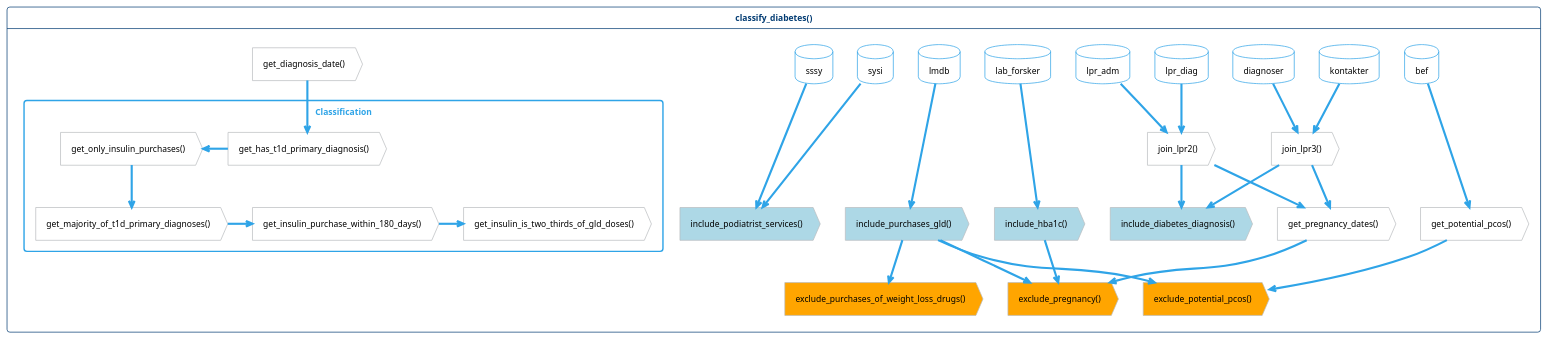
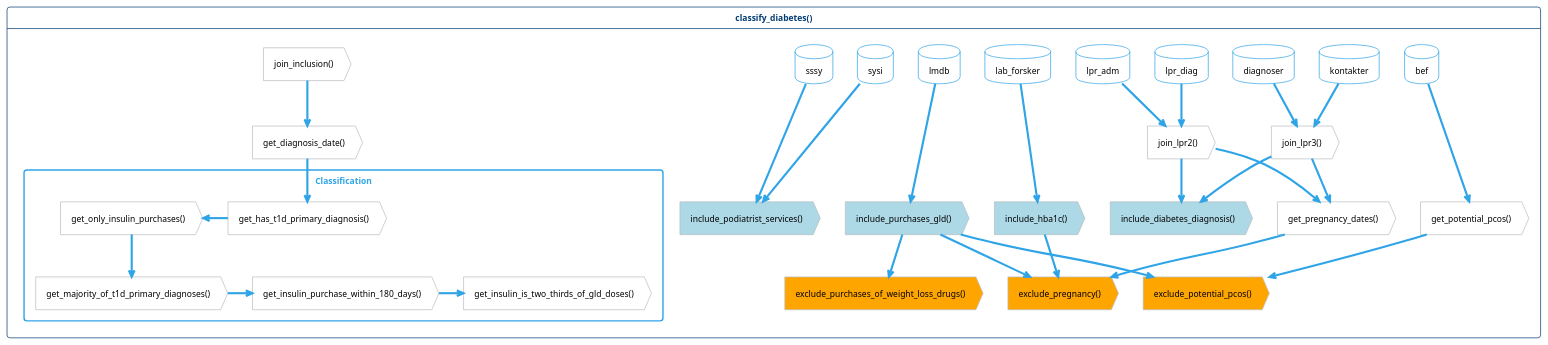
Before and after one commit to steno-aarhus/osdc: the diagram in vignettes/images/function-flow.puml, drawn with PlantUML.

Commit message:
feat: add function that join inclusion events

```diff
--- a/vignettes/images/function-flow.puml
+++ b/vignettes/images/function-flow.puml
@@ -1,97 +1,101 @@
 @startuml function-flow
 !theme cerulean-outline
 <style>
 action {
     FontColor black
 }
 database {
     FontColor black
 }
 .inclusion {
     BackgroundColor lightblue
 }
 .exclusion {
     BackgroundColor orange
 }
 </style>
 
 hide <<inclusion>> stereotype
 hide <<exclusion>> stereotype
 
 card classify_diabetes() as cd {
     together {
         database sssy
         database sysi
         database lpr_diag
         database lpr_adm
         database lmdb
         database lab_forsker
         database kontakter
         database diagnoser
         database bef
     }
 
     action "get_pregnancy_dates()" as pregnancy
     action "get_potential_pcos()" as pcos
     action "get_diagnosis_date()" as diagnosis_date
     action "join_lpr2()" as lpr2
     action "join_lpr3()" as lpr3
 
     together {
         action "exclude_pregnancy()" as ex_pregnancy <<exclusion>>
         action "exclude_purchases_of_weight_loss_drugs()" as ex_wld <<exclusion>>
         action "exclude_potential_pcos()" as ex_pcos <<exclusion>>
     }
 
     together {
         action "include_hba1c()" as in_hba1c <<inclusion>>
         action "include_diabetes_diagnosis()" as in_diagnosis <<inclusion>>
         action "include_podiatrist_services()" as in_podiatrist <<inclusion>>
         action "include_purchases_gld()" as in_gld <<inclusion>>
     }
 
+    action "join_inclusion()" as join_inclusion
+    action "get_diagnosis_date()" as diagnosis_date
+
     lpr_diag --> lpr2
     lpr_adm --> lpr2
     kontakter --> lpr3
     diagnoser --> lpr3
 
     lab_forsker --> in_hba1c
     in_hba1c --> ex_pregnancy
 
     lpr2 --> pregnancy
     lpr3 --> pregnancy
     pregnancy -> ex_pregnancy
 
     lpr2 --> in_diagnosis
     lpr3 --> in_diagnosis
 
     sssy --> in_podiatrist
     sysi --> in_podiatrist
     
     lmdb --> in_gld
     in_gld --> ex_pregnancy
     in_gld --> ex_wld
 
     bef --> pcos
     in_gld --> ex_pcos
     pcos --> ex_pcos
+    join_inclusion --> diagnosis_date
 
 'Diabetes type classification
 
     rectangle Classification {
         action "get_has_t1d_primary_diagnosis()" as t1d_diagnosis
         action "get_only_insulin_purchases()" as only_insulins
         action "get_majority_of_t1d_primary_diagnoses()" as t1d_diagnosis_majority
         action "get_insulin_purchase_within_180_days()" as insulin_within_180_days
         action "get_insulin_is_two_thirds_of_gld_doses()" as insulin_is_two_thirds
     }
 
     diagnosis_date --> t1d_diagnosis
     t1d_diagnosis -l-> only_insulins
     only_insulins -d-> t1d_diagnosis_majority
     t1d_diagnosis_majority -r-> insulin_within_180_days
     insulin_within_180_days -r-> insulin_is_two_thirds
     
 
 }
 @enduml
```
